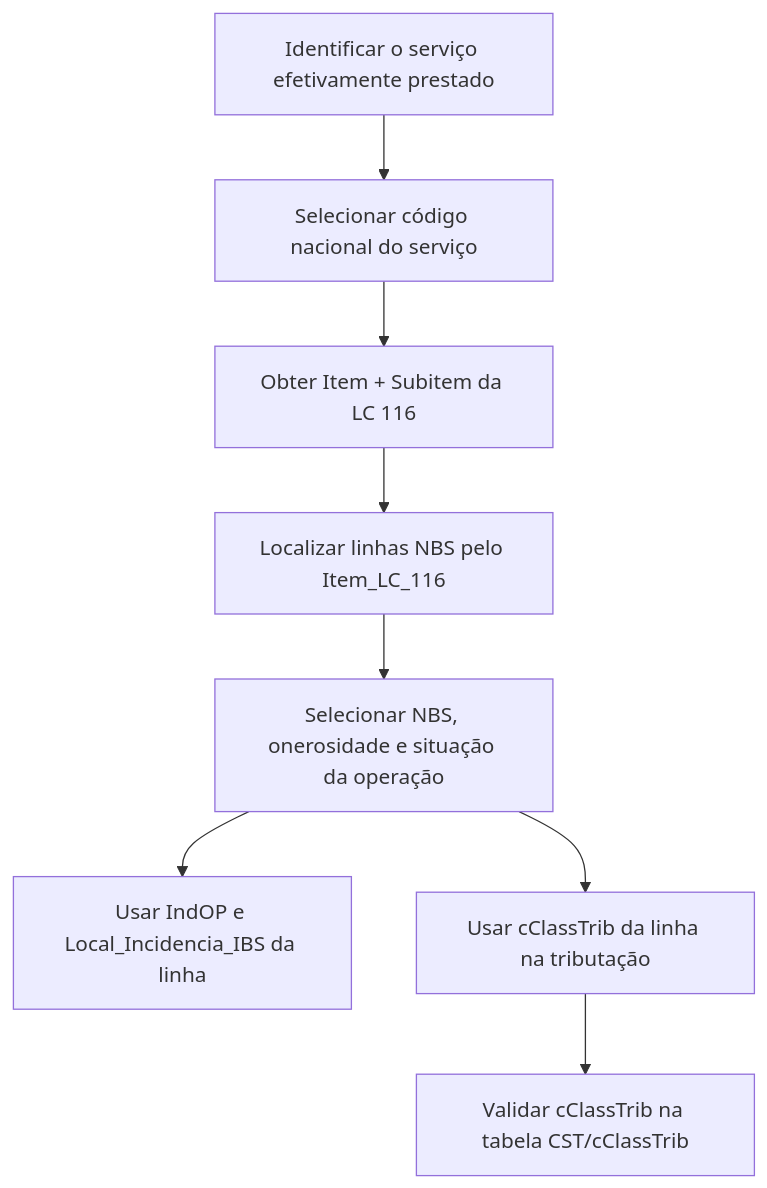
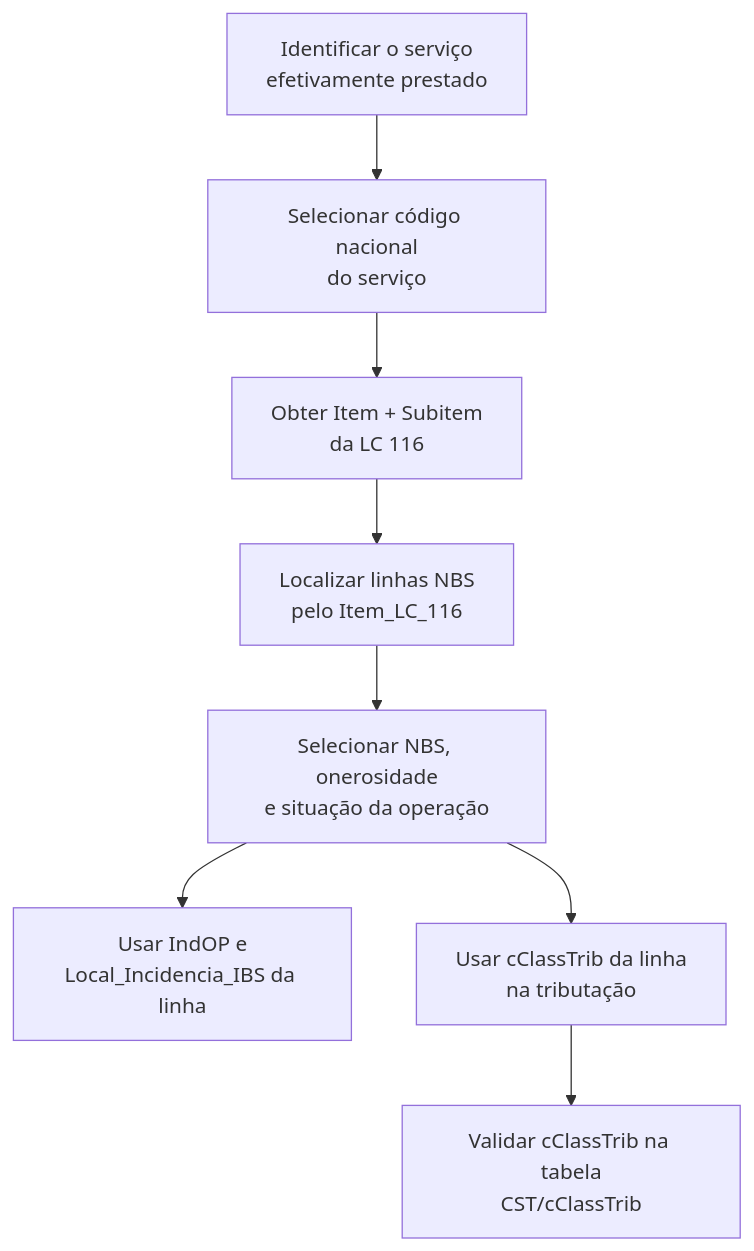
Before and after one commit to Unimake/Uninfe: the diagram in docs/referencias/reforma-tributaria-nfse.md, drawn with Mermaid. The commit also changed 6 other files, not shown here.

````diff
--- a/docs/referencias/reforma-tributaria-nfse.md
+++ b/docs/referencias/reforma-tributaria-nfse.md
@@ -43,10 +43,11 @@
 ```mermaid
+%%{init: {"flowchart": {"useMaxWidth": false}} }%%
 flowchart TD
-    A["Identificar o serviço efetivamente prestado"] --> B["Selecionar código nacional do serviço"]
-    B --> C["Obter Item + Subitem da LC 116"]
-    C --> D["Localizar linhas NBS pelo Item_LC_116"]
-    D --> E["Selecionar NBS, onerosidade e situação da operação"]
-    E --> F["Usar IndOP e Local_Incidencia_IBS da linha"]
-    E --> G["Usar cClassTrib da linha na tributação"]
-    G --> H["Validar cClassTrib na tabela CST/cClassTrib"]
+    A["Identificar o serviço<br/>efetivamente prestado"] --> B["Selecionar código nacional<br/>do serviço"]
+    B --> C["Obter Item + Subitem<br/>da LC 116"]
+    C --> D["Localizar linhas NBS<br/>pelo Item_LC_116"]
+    D --> E["Selecionar NBS, onerosidade<br/>e situação da operação"]
+    E --> F["Usar IndOP e<br/>Local_Incidencia_IBS da linha"]
+    E --> G["Usar cClassTrib da linha<br/>na tributação"]
+    G --> H["Validar cClassTrib na tabela<br/>CST/cClassTrib"]
 ```
````
